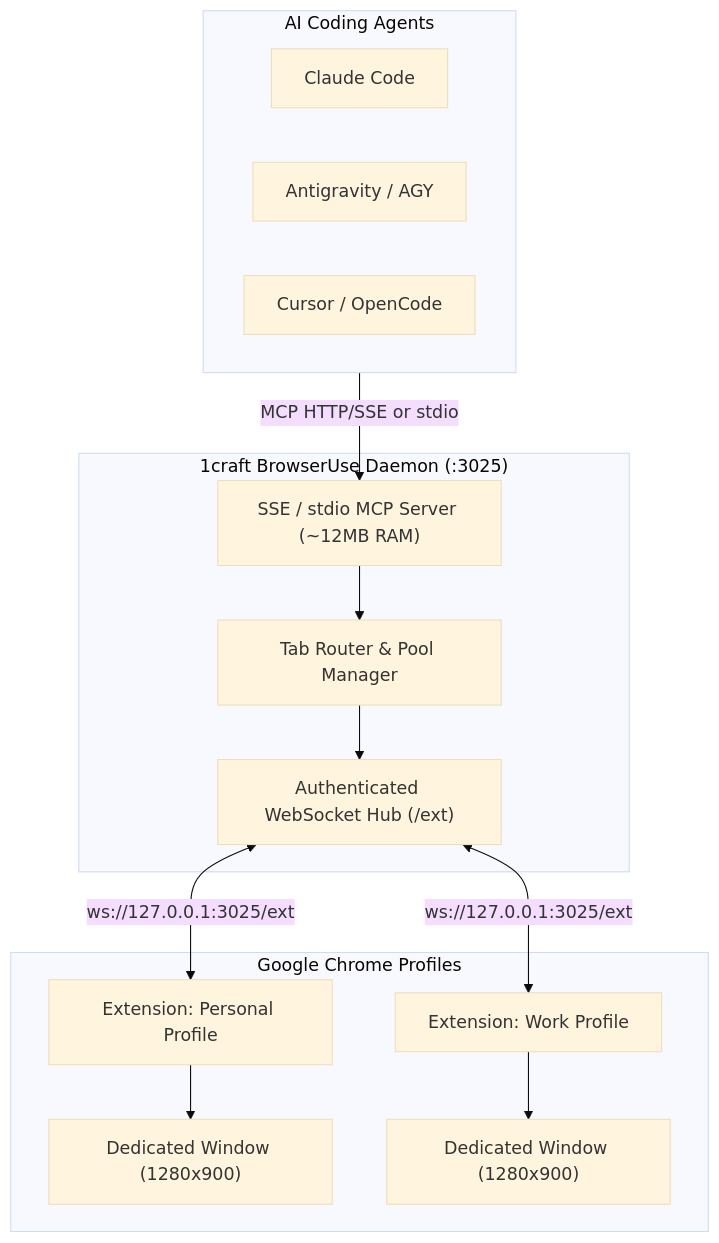
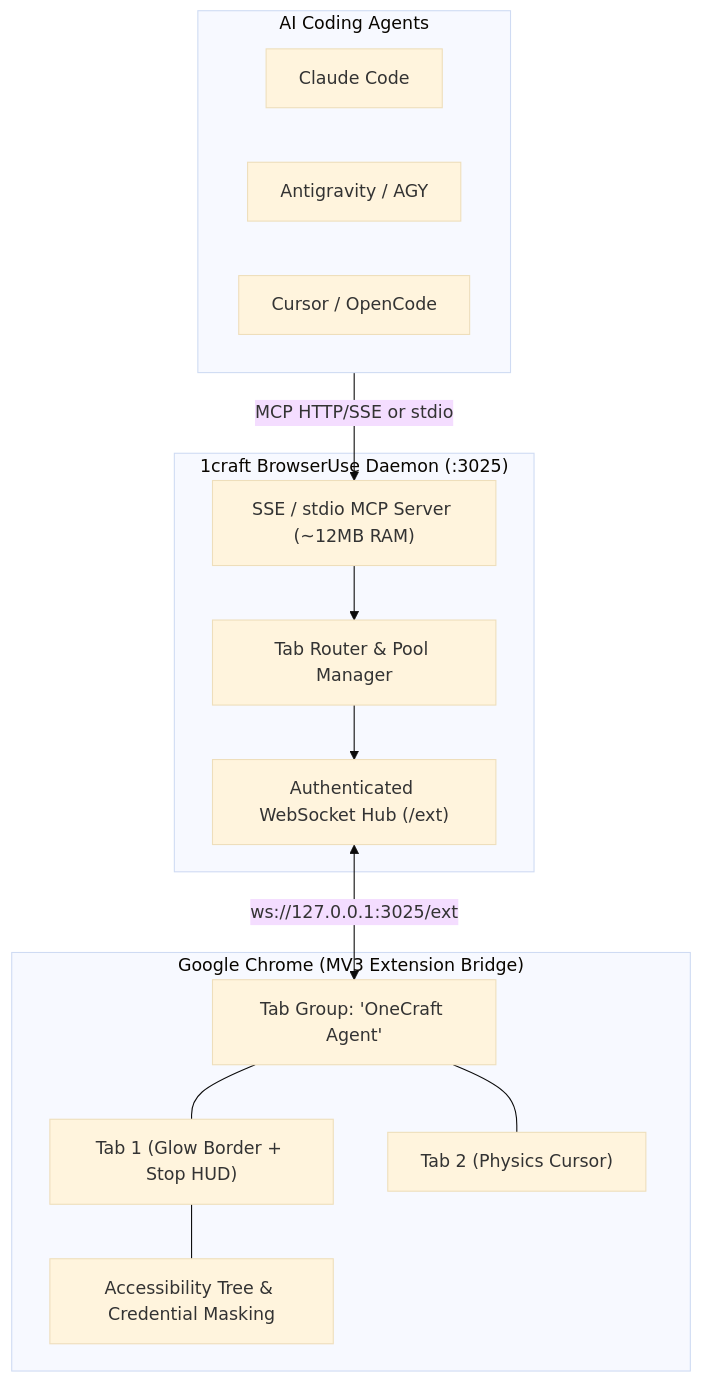
The diagram in README.md (chavisnguyen/1craft-browseruse), drawn with Mermaid (base theme) before and after one commit. The commit also changed other lines of this file, not shown here.

Commit message:
docs: rewrite README for v2.0.0 with full Claude Code parity and OneCraft Agent branding

````diff
--- a/README.md
+++ b/README.md
@@ -37,29 +37,29 @@
 ```mermaid
 flowchart TD
     subgraph Agents ["AI Coding Agents"]
         A1["Claude Code"]
         A2["Antigravity / AGY"]
         A3["Cursor / OpenCode"]
     end
 
     subgraph Daemon ["1craft BrowserUse Daemon (:3025)"]
         S["SSE / stdio MCP Server (~12MB RAM)"]
         R["Tab Router & Pool Manager"]
         H["Authenticated WebSocket Hub (/ext)"]
         S --> R
         R --> H
     end
 
-    subgraph Browser ["Google Chrome Profiles"]
-        E1["Extension: Personal Profile"]
-        E2["Extension: Work Profile"]
-        W1["Dedicated Window (1280x900)"]
-        W2["Dedicated Window (1280x900)"]
-        H <-->|"ws://127.0.0.1:3025/ext"| E1
-        H <-->|"ws://127.0.0.1:3025/ext"| E2
-        E1 --> W1
-        E2 --> W2
+    subgraph Browser ["Google Chrome (MV3 Extension Bridge)"]
+        TG["Tab Group: 'OneCraft Agent'"]
+        T1["Tab 1 (Glow Border + Stop HUD)"]
+        T2["Tab 2 (Physics Cursor)"]
+        AX["Accessibility Tree & Credential Masking"]
+        TG --- T1
+        TG --- T2
+        T1 --- AX
+        H <-->|"ws://127.0.0.1:3025/ext"| TG
     end
 
     Agents -->|"MCP HTTP/SSE or stdio"| S
 ```
````
